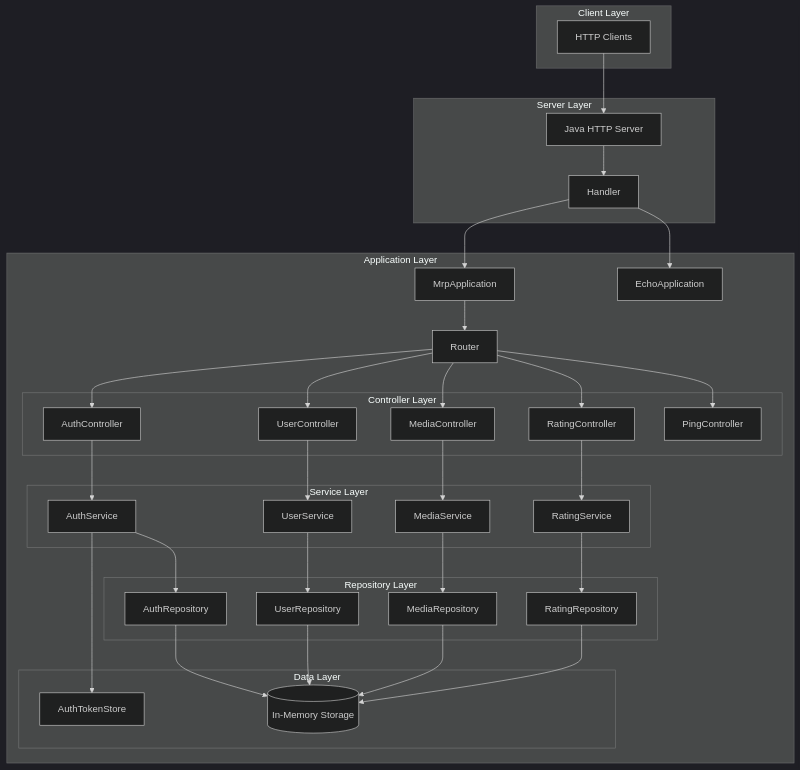
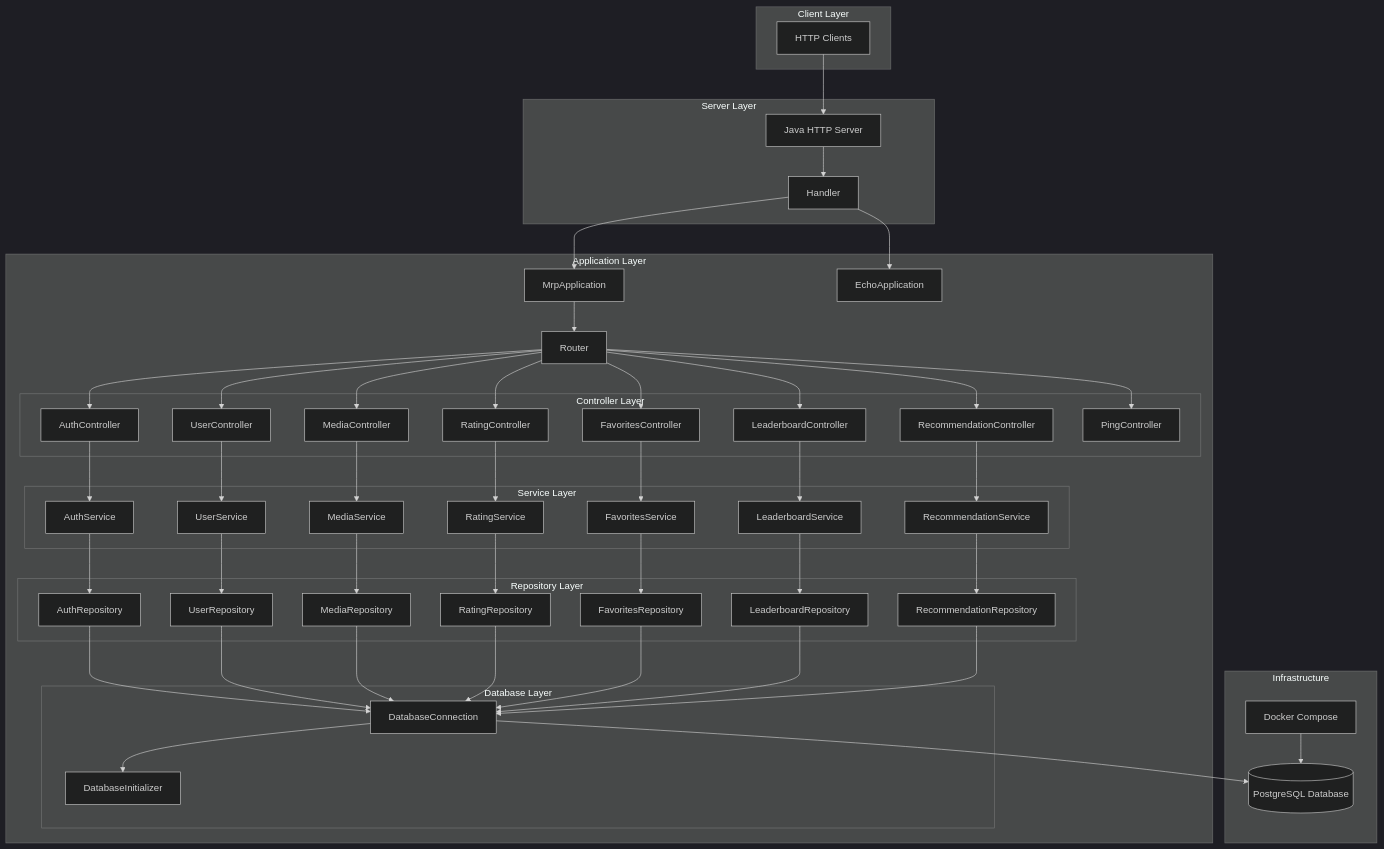
One commit to Pascal07/SWEN_MRP_Project changed the first of 6 diagrams in protocol.md. Above: the diagram before and after it, drawn with Mermaid (dark theme). The commit also changed other lines of this file and 1 other file, not shown here.

Commit message:
Update documentation to reflect database integration and system architecture improvements

````diff
--- a/protocol.md
+++ b/protocol.md
@@ -31,6 +39,9 @@
             UC[UserController]
             MC[MediaController]
             RC[RatingController]
+            FC[FavoritesController]
+            LC[LeaderboardController]
+            REC[RecommendationController]
             PC[PingController]
         end
 
@@ -39,6 +50,9 @@
             US[UserService]
             MS[MediaService]
             RS[RatingService]
+            FS[FavoritesService]
+            LS[LeaderboardService]
+            RES[RecommendationService]
         end
 
         subgraph "Repository Layer"
@@ -46,15 +60,21 @@
             UR[UserRepository]
             MR[MediaRepository]
             RR[RatingRepository]
+            FR[FavoritesRepository]
+            LR[LeaderboardRepository]
+            RER[RecommendationRepository]
         end
 
-        subgraph "Data Layer"
-            TS[AuthTokenStore]
-            DB[(In-Memory Storage)]
+        subgraph "Database Layer"
+            DB[DatabaseConnection]
+            DBI[DatabaseInitializer]
         end
     end
     
-    
+    subgraph "Infrastructure"
+        PG[(PostgreSQL Database)]
+        DC[Docker Compose]
+    end
     
     C --> S
     S --> H
@@ -65,21 +85,36 @@
     R --> UC
     R --> MC
     R --> RC
+    R --> FC
+    R --> LC
+    R --> REC
     R --> PC
     
     AC --> AS
     UC --> US
     MC --> MS
     RC --> RS
+    FC --> FS
+    LC --> LS
+    REC --> RES
     
     AS --> AR
     US --> UR
     MS --> MR
     RS --> RR
+    FS --> FR
+    LS --> LR
+    RES --> RER
     
-    AS --> TS
     AR --> DB
     UR --> DB
     MR --> DB
     RR --> DB
+    FR --> DB
+    LR --> DB
+    RER --> DB
+    
+    DB --> DBI
+    DB --> PG
+    DC --> PG
 ```
````
